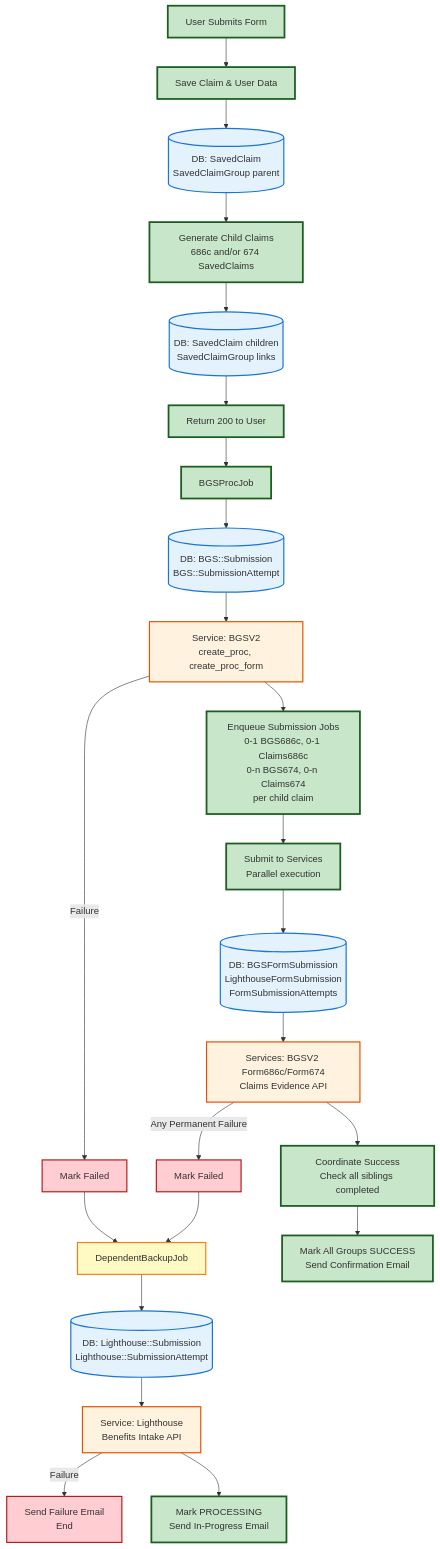
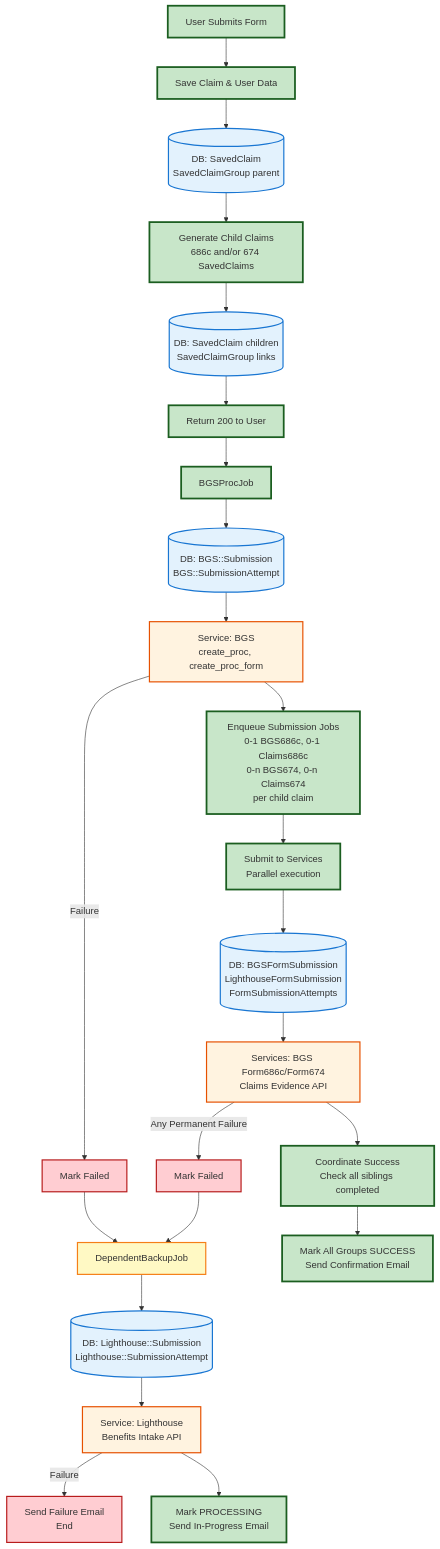
One commit to department-of-veterans-affairs/vets-api changed the diagram in modules/dependents_benefits/documentation/data_flow_diagrams/full_data_flow.md. Above: the diagram before and after it, drawn with Mermaid. The commit also changed other lines of this file and 89 other files, not shown here.

````diff
--- a/modules/dependents_benefits/documentation/data_flow_diagrams/full_data_flow.md
+++ b/modules/dependents_benefits/documentation/data_flow_diagrams/full_data_flow.md
@@ -11,42 +11,42 @@
 ```mermaid
 graph TD
     Start[User Submits Form] --> SaveClaim[Save Claim & User Data]
     SaveClaim --> DB1[(DB: SavedClaim<br/>SavedClaimGroup parent)]
     DB1 --> GenChildren[Generate Child Claims<br/>686c and/or 674 SavedClaims]
     GenChildren --> DB2[(DB: SavedClaim children<br/>SavedClaimGroup links)]
     DB2 --> Return[Return 200 to User]
     
     Return --> BGSProc[BGSProcJob]
     BGSProc --> DB3[(DB: BGS::Submission<br/>BGS::SubmissionAttempt)]
-    DB3 --> BGSService[Service: BGSV2<br/>create_proc, create_proc_form]
+    DB3 --> BGSService[Service: BGS<br/>create_proc, create_proc_form]
     BGSService -->|Failure| BGSFail[Mark Failed]
     BGSService --> EnqueueSubs[Enqueue Submission Jobs<br/>0-1 BGS686c, 0-1 Claims686c<br/>0-n BGS674, 0-n Claims674<br/>per child claim]
     
     EnqueueSubs --> SubmitAll[Submit to Services<br/>Parallel execution]
     SubmitAll --> DB4[(DB: BGSFormSubmission<br/>LighthouseFormSubmission<br/>FormSubmissionAttempts)]
-    DB4 --> Services[Services: BGSV2 Form686c/Form674<br/>Claims Evidence API]
+    DB4 --> Services[Services: BGS Form686c/Form674<br/>Claims Evidence API]
     Services -->|Any Permanent Failure| SubFail[Mark Failed]
     Services --> Coordinate[Coordinate Success<br/>Check all siblings completed]
     
     Coordinate --> MarkSuccess[Mark All Groups SUCCESS<br/>Send Confirmation Email]
     
     BGSFail --> Backup[DependentBackupJob]
     SubFail --> Backup
     Backup --> DB5[(DB: Lighthouse::Submission<br/>Lighthouse::SubmissionAttempt)]
     DB5 --> BackupService[Service: Lighthouse<br/>Benefits Intake API]
     BackupService -->|Failure| BackupFail[Send Failure Email<br/>End]
     BackupService --> BackupSuccess[Mark PROCESSING<br/>Send In-Progress Email]
     
     %% Styling
     classDef mainPath fill:#c8e6c9,stroke:#1b5e20,stroke-width:3px
     classDef database fill:#e3f2fd,stroke:#1976d2,stroke-width:2px
     classDef service fill:#fff3e0,stroke:#e65100,stroke-width:2px
     classDef failure fill:#ffcdd2,stroke:#b71c1c,stroke-width:2px
     classDef backup fill:#fff9c4,stroke:#f57f17,stroke-width:2px
     
     class Start,SaveClaim,GenChildren,Return,BGSProc,EnqueueSubs,SubmitAll,Coordinate,MarkSuccess,BackupSuccess mainPath
     class DB1,DB2,DB3,DB4,DB5 database
     class BGSService,Services,BackupService service
     class BGSFail,SubFail,BackupFail failure
     class Backup backup
 ```
````
